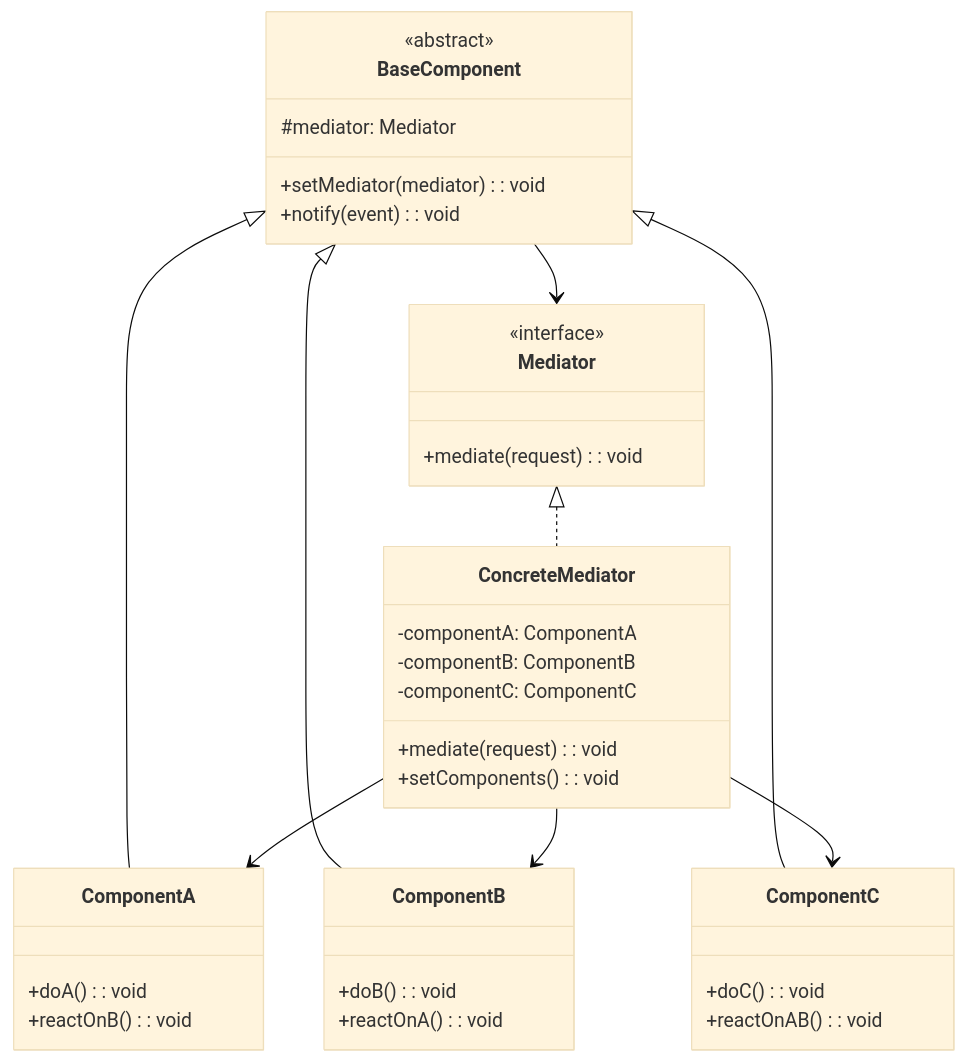
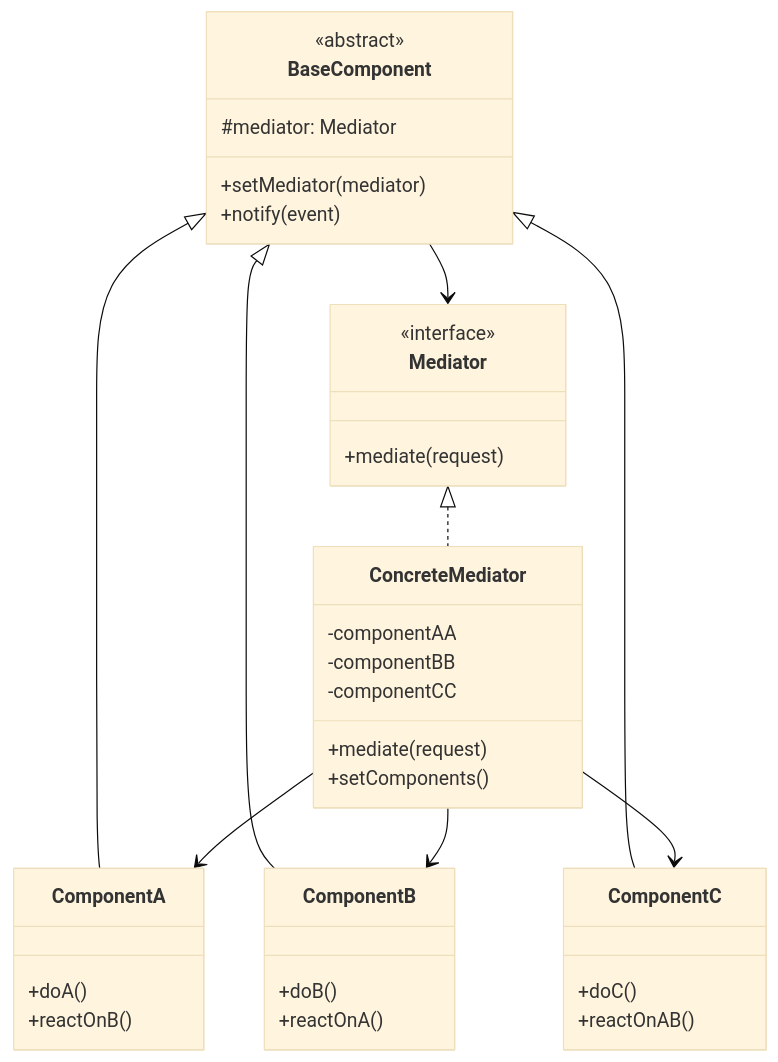
The first of 3 diagrams in resources/design-patterns/laravel/behavioral/mediator_en.md (fanly/DesignPattern), drawn with Mermaid (base theme) before and after one commit. The commit also changed other lines of this file and 103 other files, not shown here.

````diff
--- a/resources/design-patterns/laravel/behavioral/mediator_en.md
+++ b/resources/design-patterns/laravel/behavioral/mediator_en.md
@@ -10,46 +10,46 @@
 ```mermaid
 classDiagram
     class Mediator {
         <<interface>>
-        +mediate(request): void
+        +mediate(request)
     }
     
     class ConcreteMediator {
-        -componentA: ComponentA
-        -componentB: ComponentB
-        -componentC: ComponentC
-        +mediate(request): void
-        +setComponents(): void
+        -componentAA
+        -componentBB
+        -componentCC
+        +mediate(request)
+        +setComponents()
     }
     
     class BaseComponent {
         <<abstract>>
         #mediator: Mediator
-        +setMediator(mediator): void
-        +notify(event): void
+        +setMediator(mediator)
+        +notify(event)
     }
     
     class ComponentA {
-        +doA(): void
-        +reactOnB(): void
+        +doA()
+        +reactOnB()
     }
     
     class ComponentB {
-        +doB(): void
-        +reactOnA(): void
+        +doB()
+        +reactOnA()
     }
     
     class ComponentC {
-        +doC(): void
-        +reactOnAB(): void
+        +doC()
+        +reactOnAB()
     }
     
     Mediator <|.. ConcreteMediator
     BaseComponent <|-- ComponentA
     BaseComponent <|-- ComponentB
     BaseComponent <|-- ComponentC
     ConcreteMediator --> ComponentA
     ConcreteMediator --> ComponentB
     ConcreteMediator --> ComponentC
     BaseComponent --> Mediator
 ```
````
